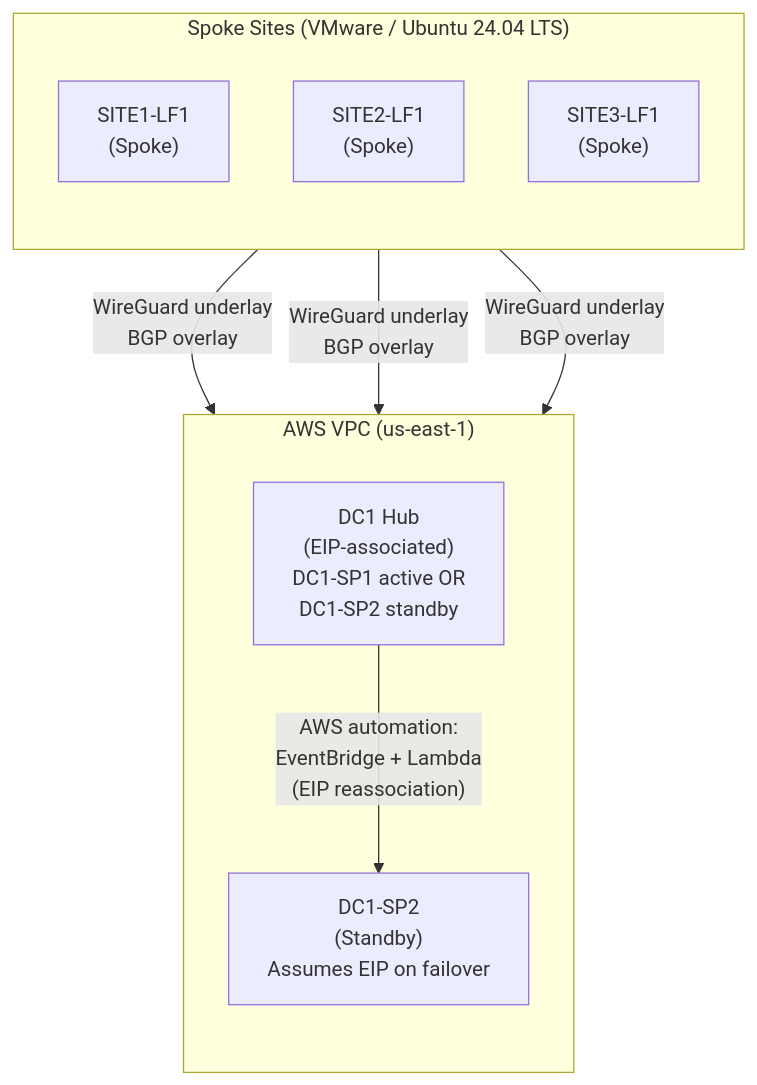
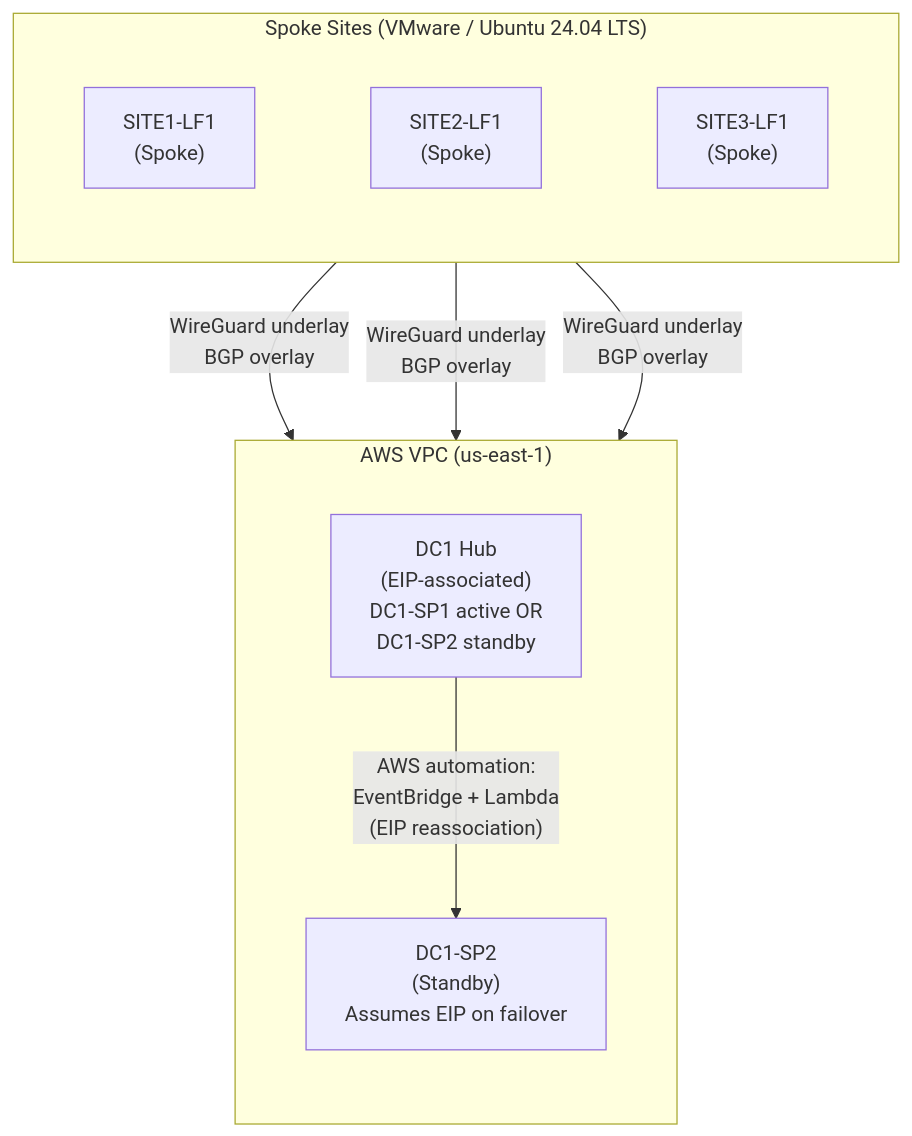
One commit to erschmittnetwork/aws-wireguard-bgp-wan changed the diagram in diagrams/logical-architecture.mmd. Above: the diagram before and after it, drawn with Mermaid.

Commit message:
Test fix PNG.

```diff
--- a/diagrams/logical-architecture.mmd
+++ b/diagrams/logical-architecture.mmd
@@ -1,20 +1,20 @@
-%%{init: {'theme':'default','flowchart':{'htmlLabels': true, 'nodeSpacing': 50, 'rankSpacing': 80}}}%%
+%%{init: {'theme':'default','flowchart':{'htmlLabels': true, 'nodeSpacing':90, 'rankSpacing': 90}}}%%
 graph TD
-  subgraph Sites["Spoke Sites (VMware / Ubuntu 24.04 LTS) "]
+  subgraph Sites["Spoke Sites (VMware / Ubuntu 24.04 LTS)             "]
     direction TB
     SITE1["SITE1-LF1<br/>(Spoke)"]
     SITE2["SITE2-LF1<br/>(Spoke)"]
     SITE3["SITE3-LF1<br/>(Spoke)"]
   end
 
   subgraph AWS["AWS VPC (us-east-1)"]
     direction TB
     HUB["DC1 Hub<br/>(EIP-associated)<br/>DC1-SP1 active OR<br/>DC1-SP2 standby"]
     HUB2["DC1-SP2<br/>(Standby)<br/>Assumes EIP on failover"]
   end
 
   SITE1 -->|"WireGuard underlay<br/>BGP overlay"| HUB
   SITE2 -->|"WireGuard underlay<br/>BGP overlay"| HUB
   SITE3 -->|"WireGuard underlay<br/>BGP overlay"| HUB
 
   HUB -->|"AWS automation:<br/>EventBridge + Lambda<br/>(EIP reassociation)"| HUB2
```
